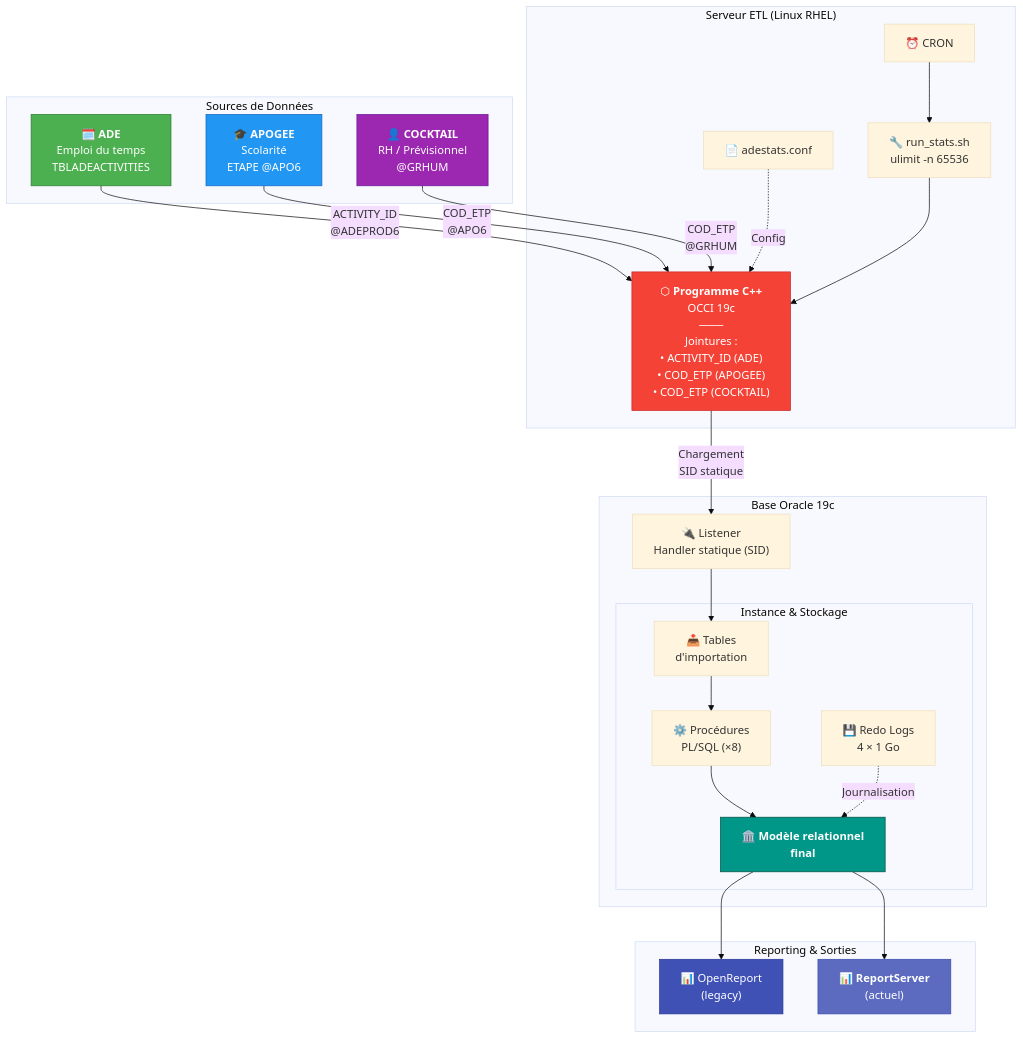
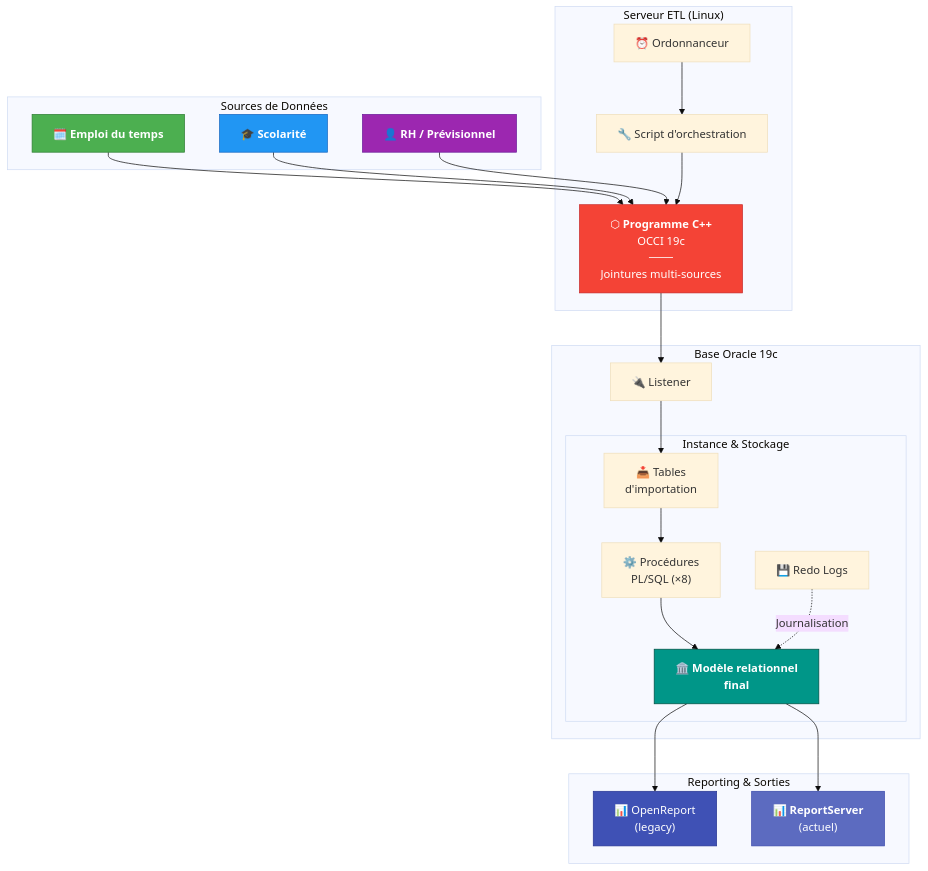
One commit to gpilliat/adestats-documentation changed the first of 3 diagrams in diagrammes/architecture.md. Above: the diagram before and after it, drawn with Mermaid (base theme). The commit also changed other lines of this file, not shown here.

````diff
--- a/diagrammes/architecture.md
+++ b/diagrammes/architecture.md
@@ -5,56 +5,54 @@
 ```mermaid
 graph TD
     subgraph SOURCES["Sources de Données"]
-        ADE["🗓️ <b>ADE</b><br/>Emploi du temps<br/>TBLADEACTIVITIES"]
-        APO["🎓 <b>APOGEE</b><br/>Scolarité<br/>ETAPE @APO6"]
-        CKT["👤 <b>COCKTAIL</b><br/>RH / Prévisionnel<br/>@GRHUM"]
+        ADE["🗓️ <b>Emploi du temps</b>"]
+        APO["🎓 <b>Scolarité</b>"]
+        CKT["👤 <b>RH / Prévisionnel</b>"]
     end
 
-    subgraph ETL["Serveur ETL (Linux RHEL)"]
-        CRON["⏰ CRON"]
-        WRAP["🔧 run_stats.sh<br/>ulimit -n 65536"]
-        CONF["📄 adestats.conf"]
-        CPP["⬡ <b>Programme C++</b><br/>OCCI 19c<br/>───<br/>Jointures :<br/>• ACTIVITY_ID (ADE)<br/>• COD_ETP (APOGEE)<br/>• COD_ETP (COCKTAIL)"]
+    subgraph ETL["Serveur ETL (Linux)"]
+        CRON["⏰ Ordonnanceur"]
+        WRAP["🔧 Script d'orchestration"]
+        CPP["⬡ <b>Programme C++</b><br/>OCCI 19c<br/>───<br/>Jointures multi-sources"]
     end
 
     subgraph ORACLE["Base Oracle 19c"]
-        LISTENER["🔌 Listener<br/>Handler statique (SID)"]
+        LISTENER["🔌 Listener"]
 
         subgraph INSTANCE["Instance & Stockage"]
             IMPORT["📥 Tables<br/>d'importation"]
             PLSQL["⚙️ Procédures<br/>PL/SQL (×8)"]
-            REDO["💾 Redo Logs<br/>4 × 1 Go"]
+            REDO["💾 Redo Logs"]
             MODEL["🏛️ <b>Modèle relationnel<br/>final</b>"]
         end
     end
 
     subgraph REPORT["Reporting & Sorties"]
         OR["📊 OpenReport<br/>(legacy)"]
         RS["📊 <b>ReportServer</b><br/>(actuel)"]
     end
 
-    ADE -->|"ACTIVITY_ID<br/>@ADEPROD6"| CPP
-    APO -->|"COD_ETP<br/>@APO6"| CPP
-    CKT -->|"COD_ETP<br/>@GRHUM"| CPP
+    ADE --> CPP
+    APO --> CPP
+    CKT --> CPP
 
     CRON --> WRAP
-    CONF -.->|"Config"| CPP
     WRAP --> CPP
 
-    CPP -->|"Chargement<br/>SID statique"| LISTENER
+    CPP --> LISTENER
     LISTENER --> IMPORT
     IMPORT --> PLSQL
     PLSQL --> MODEL
     REDO -.->|"Journalisation"| MODEL
 
     MODEL --> OR
     MODEL --> RS
 
     style ADE fill:#4CAF50,stroke:#2E7D32,color:#fff
     style APO fill:#2196F3,stroke:#1565C0,color:#fff
     style CKT fill:#9C27B0,stroke:#6A1B9A,color:#fff
     style CPP fill:#F44336,stroke:#C62828,color:#fff
     style MODEL fill:#009688,stroke:#004D40,color:#fff
     style RS fill:#5C6BC0,stroke:#3949AB,color:#fff
     style OR fill:#3F51B5,stroke:#283593,color:#fff
 ```
````
